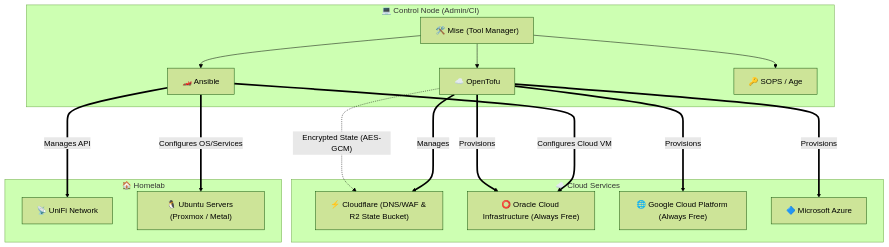
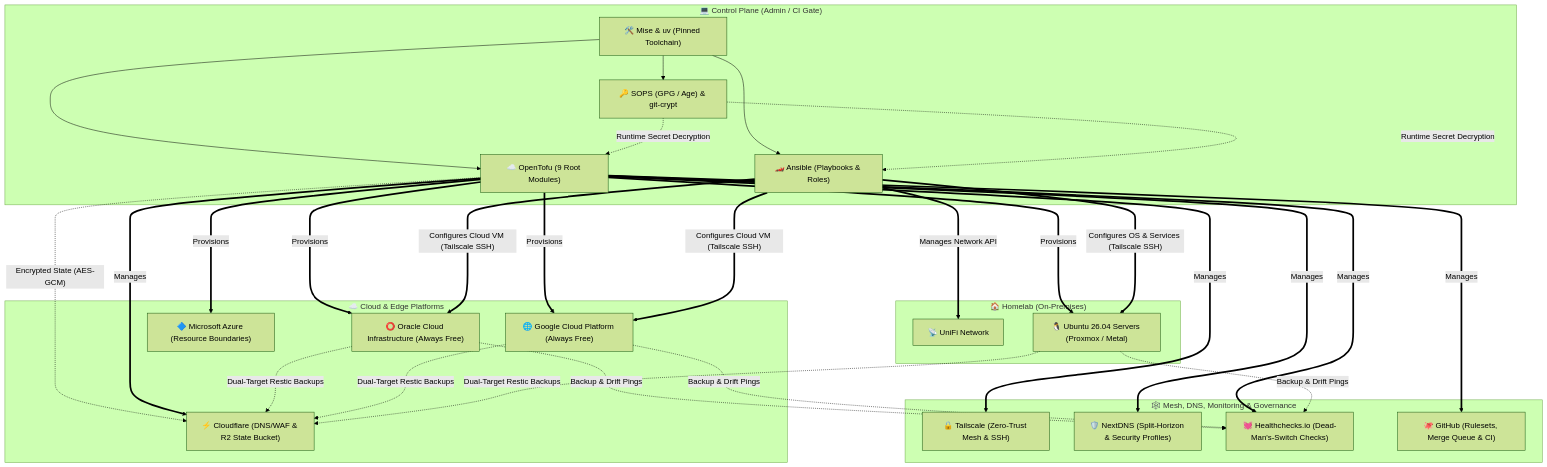
Before and after one commit to busybeaver-homelab/infra: the diagram in README.md, drawn with Mermaid (forest theme). The commit also changed other lines of this file and 3 other files, not shown here.

First line of the commit message:
docs(readme): refresh architecture diagram, tables, and directory layout (#91)

````diff
--- a/README.md
+++ b/README.md
@@ -11,38 +11,61 @@
 ```mermaid
 graph TD
-    subgraph Control ["💻 Control Node (Admin/CI)"]
-        Mise["🛠️ Mise (Tool Manager)"]
-        Tofu["☁️ OpenTofu"]
-        Ans["🏎️ Ansible"]
-        SOPS["🔑 SOPS / Age"]
+    subgraph Control ["💻 Control Plane (Admin / CI Gate)"]
+        Mise["🛠️ Mise & uv (Pinned Toolchain)"]
+        Tofu["☁️ OpenTofu (9 Root Modules)"]
+        Ans["🏎️ Ansible (Playbooks & Roles)"]
+        SOPS["🔑 SOPS (GPG / Age) & git-crypt"]
     end
 
-    subgraph Cloud ["☁️ Cloud Services"]
+    subgraph Cloud ["☁️ Cloud & Edge Platforms"]
         CF["⚡ Cloudflare (DNS/WAF & R2 State Bucket)"]
         OCI["⭕ Oracle Cloud Infrastructure (Always Free)"]
         GCP["🌐 Google Cloud Platform (Always Free)"]
-        Azure["🔷 Microsoft Azure"]
+        Azure["🔷 Microsoft Azure (Resource Boundaries)"]
     end
 
-    subgraph Homelab ["🏠 Homelab"]
-        UniFi["📡 UniFi Network"]
-        Ubuntu["🐧 Ubuntu Servers (Proxmox / Metal)"]
+    subgraph SaaS ["🕸️ Mesh, DNS, Monitoring & Governance"]
+        Mesh["🔒 Tailscale (Zero-Trust Mesh & SSH)"]
+        DNS["🛡️ NextDNS (Split-Horizon & Security Profiles)"]
+        Mon["💓 Healthchecks.io (Dead-Man's-Switch Checks)"]
+        GH["🐙 GitHub (Rulesets, Merge Queue & CI)"]
     end
 
-    %% Provisioning flow
-    Tofu -.->|"Encrypted State (AES-GCM)"| CF
-    Tofu ===>|Provisions| OCI
-    Tofu ===>|Provisions| GCP
-    Tofu ===>|Provisions| Azure
-    Tofu ===>|Manages| CF
+    subgraph Homelab ["🏠 Homelab (On-Premises)"]
+        UniFi["📡 UniFi Network"]
+        Ubuntu["🐧 Ubuntu 26.04 Servers (Proxmox / Metal)"]
+    end
 
-    %% Configuration flow
-    Ans ===>|Configures OS/Services| Ubuntu
-    Ans ===>|Configures Cloud VM| OCI
-    Ans ===>|Manages API| UniFi
-
-    %% Tool links
+    %% Toolchain & Secrets flow
     Mise --> Tofu
     Mise --> Ans
     Mise --> SOPS
+    SOPS -.->|"Runtime Secret Decryption"| Tofu
+    SOPS -.->|"Runtime Secret Decryption"| Ans
+
+    %% OpenTofu Provisioning flow
+    Tofu -.->|"Encrypted State (AES-GCM)"| CF
+    Tofu ===>|"Provisions"| OCI
+    Tofu ===>|"Provisions"| GCP
+    Tofu ===>|"Provisions"| Azure
+    Tofu ===>|"Provisions"| Ubuntu
+    Tofu ===>|"Manages"| CF
+    Tofu ===>|"Manages"| Mesh
+    Tofu ===>|"Manages"| DNS
+    Tofu ===>|"Manages"| Mon
+    Tofu ===>|"Manages"| GH
+
+    %% Ansible Configuration flow (over Tailscale SSH mesh)
+    Ans ===>|"Configures OS & Services (Tailscale SSH)"| Ubuntu
+    Ans ===>|"Configures Cloud VM (Tailscale SSH)"| OCI
+    Ans ===>|"Configures Cloud VM (Tailscale SSH)"| GCP
+    Ans ===>|"Manages Network API"| UniFi
+
+    %% Encrypted Backups & Dead-Man's-Switch Telemetry
+    OCI -.->|"Dual-Target Restic Backups"| CF
+    GCP -.->|"Dual-Target Restic Backups"| CF
+    Ubuntu -.->|"Dual-Target Restic Backups"| CF
+    OCI -.->|"Backup & Drift Pings"| Mon
+    GCP -.->|"Backup & Drift Pings"| Mon
+    Ubuntu -.->|"Backup & Drift Pings"| Mon
 ```
````
